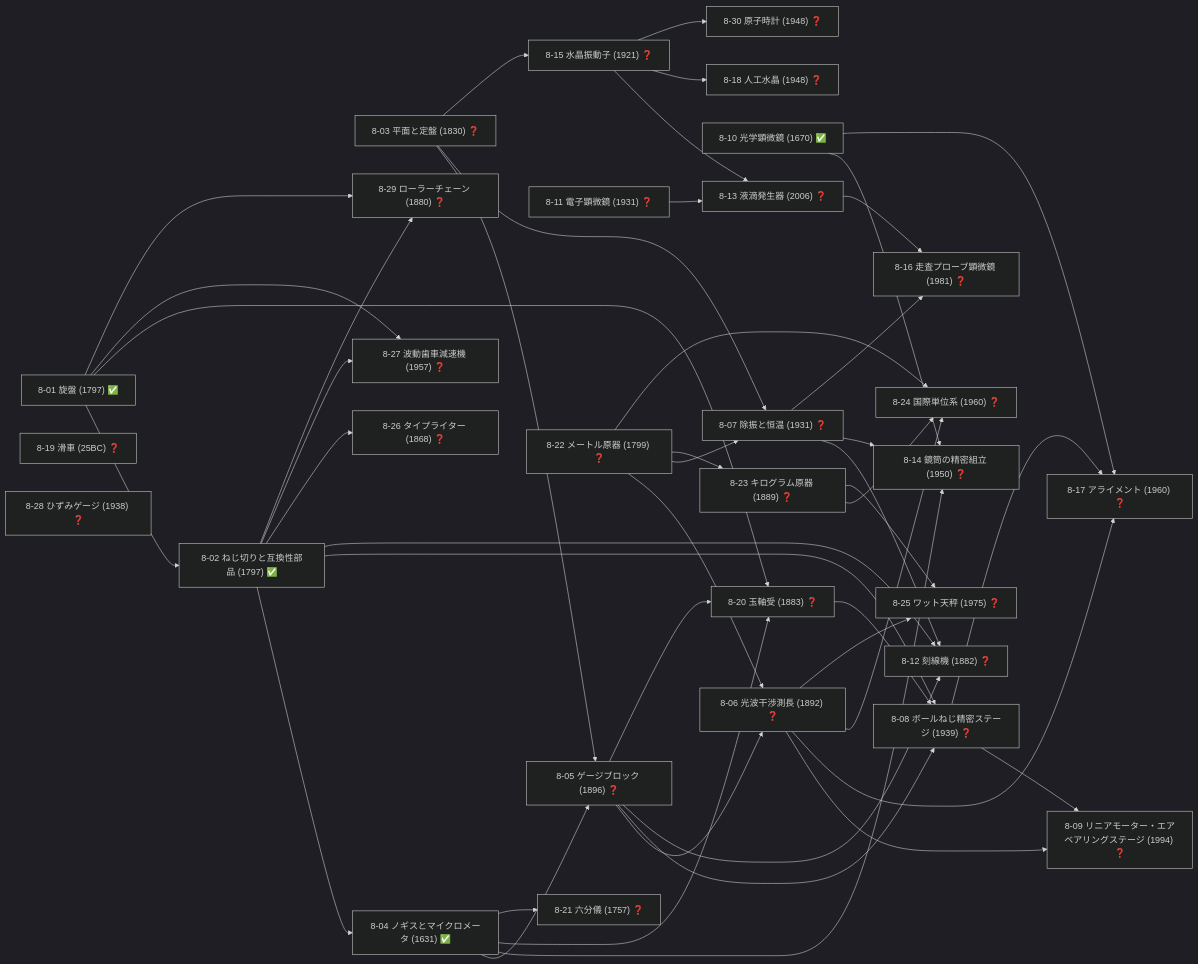
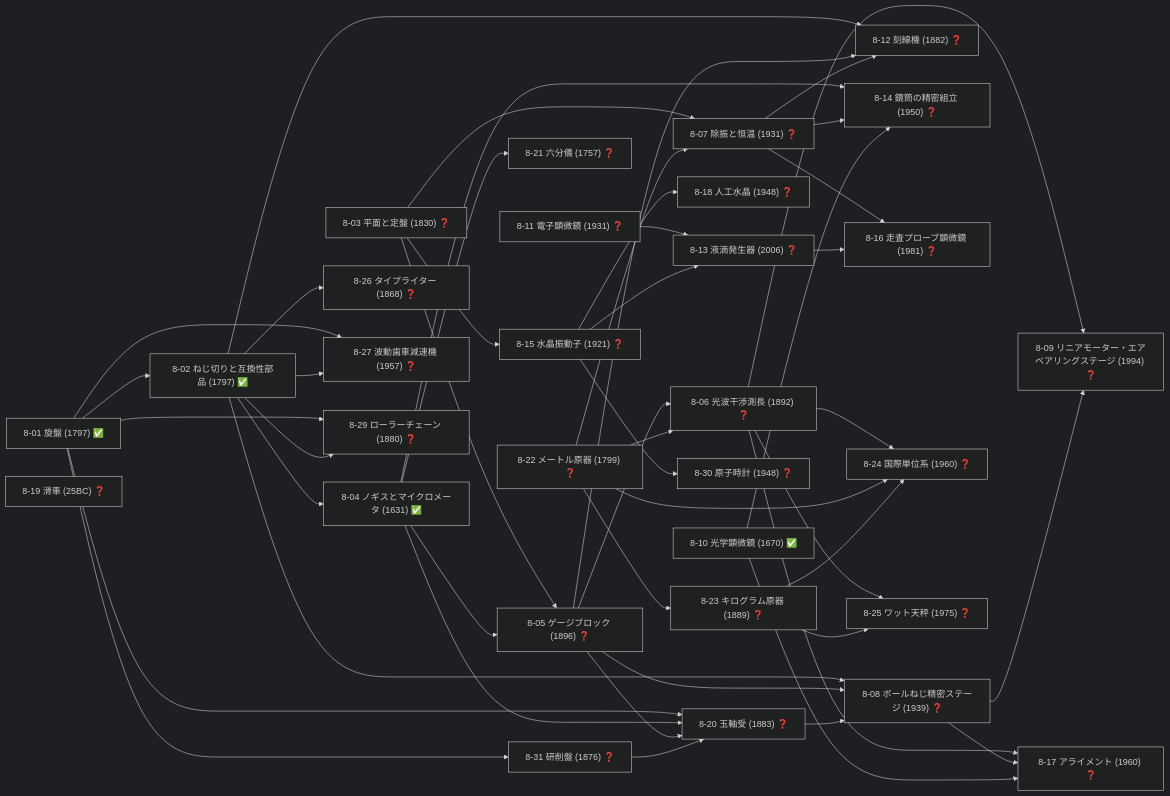
Before and after one commit to taku3i0317-collab/semiconductor-lab: diagram 11 of 19 in docs/TECH_TREE_VIEW.md, drawn with Mermaid (dark theme). The commit also changed other lines of this file and 8 other files, not shown here.

````diff
--- a/docs/TECH_TREE_VIEW.md
+++ b/docs/TECH_TREE_VIEW.md
@@ -565,77 +567,79 @@
 ```mermaid
 graph LR
   n8_01["8-01 旋盤 (1797) ✅"]
   n8_02["8-02 ねじ切りと互換性部品 (1797) ✅"]
   n8_03["8-03 平面と定盤 (1830) ❓"]
   n8_04["8-04 ノギスとマイクロメータ (1631) ✅"]
   n8_05["8-05 ゲージブロック (1896) ❓"]
   n8_06["8-06 光波干渉測長 (1892) ❓"]
   n8_07["8-07 除振と恒温 (1931) ❓"]
   n8_08["8-08 ボールねじ精密ステージ (1939) ❓"]
   n8_09["8-09 リニアモーター・エアベアリングステージ (1994) ❓"]
   n8_10["8-10 光学顕微鏡 (1670) ✅"]
   n8_11["8-11 電子顕微鏡 (1931) ❓"]
   n8_12["8-12 刻線機 (1882) ❓"]
   n8_13["8-13 液滴発生器 (2006) ❓"]
   n8_14["8-14 鏡筒の精密組立 (1950) ❓"]
   n8_15["8-15 水晶振動子 (1921) ❓"]
   n8_16["8-16 走査プローブ顕微鏡 (1981) ❓"]
   n8_17["8-17 アライメント (1960) ❓"]
   n8_18["8-18 人工水晶 (1948) ❓"]
   n8_19["8-19 滑車 (25BC) ❓"]
   n8_20["8-20 玉軸受 (1883) ❓"]
   n8_21["8-21 六分儀 (1757) ❓"]
   n8_22["8-22 メートル原器 (1799) ❓"]
   n8_23["8-23 キログラム原器 (1889) ❓"]
   n8_24["8-24 国際単位系 (1960) ❓"]
   n8_25["8-25 ワット天秤 (1975) ❓"]
   n8_26["8-26 タイプライター (1868) ❓"]
   n8_27["8-27 波動歯車減速機 (1957) ❓"]
-  n8_28["8-28 ひずみゲージ (1938) ❓"]
   n8_29["8-29 ローラーチェーン (1880) ❓"]
   n8_30["8-30 原子時計 (1948) ❓"]
+  n8_31["8-31 研削盤 (1876) ❓"]
   n8_01-->n8_02
   n8_02-->n8_04
   n8_03-->n8_05
   n8_04-->n8_05
   n8_05-->n8_06
   n8_22-->n8_06
   n8_03-->n8_07
   n8_22-->n8_07
   n8_02-->n8_08
   n8_05-->n8_08
   n8_20-->n8_08
   n8_06-->n8_09
   n8_08-->n8_09
   n8_02-->n8_12
   n8_05-->n8_12
   n8_07-->n8_12
   n8_11-->n8_13
   n8_15-->n8_13
   n8_04-->n8_14
   n8_07-->n8_14
   n8_10-->n8_14
   n8_03-->n8_15
   n8_07-->n8_16
   n8_13-->n8_16
   n8_06-->n8_17
   n8_08-->n8_17
   n8_10-->n8_17
   n8_15-->n8_18
   n8_01-->n8_20
   n8_04-->n8_20
   n8_05-->n8_20
+  n8_31-->n8_20
   n8_04-->n8_21
   n8_22-->n8_23
   n8_06-->n8_24
   n8_22-->n8_24
   n8_23-->n8_24
   n8_06-->n8_25
   n8_23-->n8_25
   n8_02-->n8_26
   n8_01-->n8_27
   n8_02-->n8_27
   n8_01-->n8_29
   n8_02-->n8_29
   n8_15-->n8_30
+  n8_01-->n8_31
 ```
````
